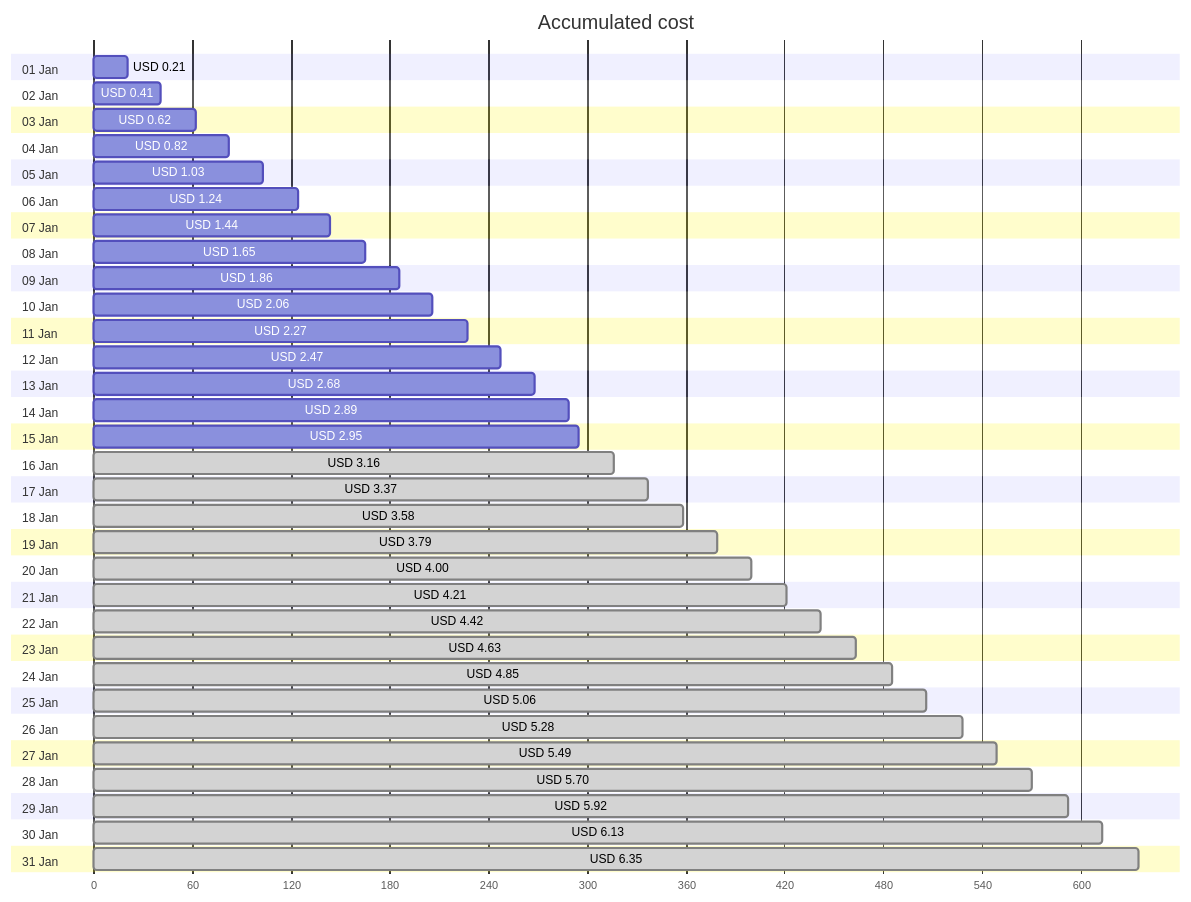
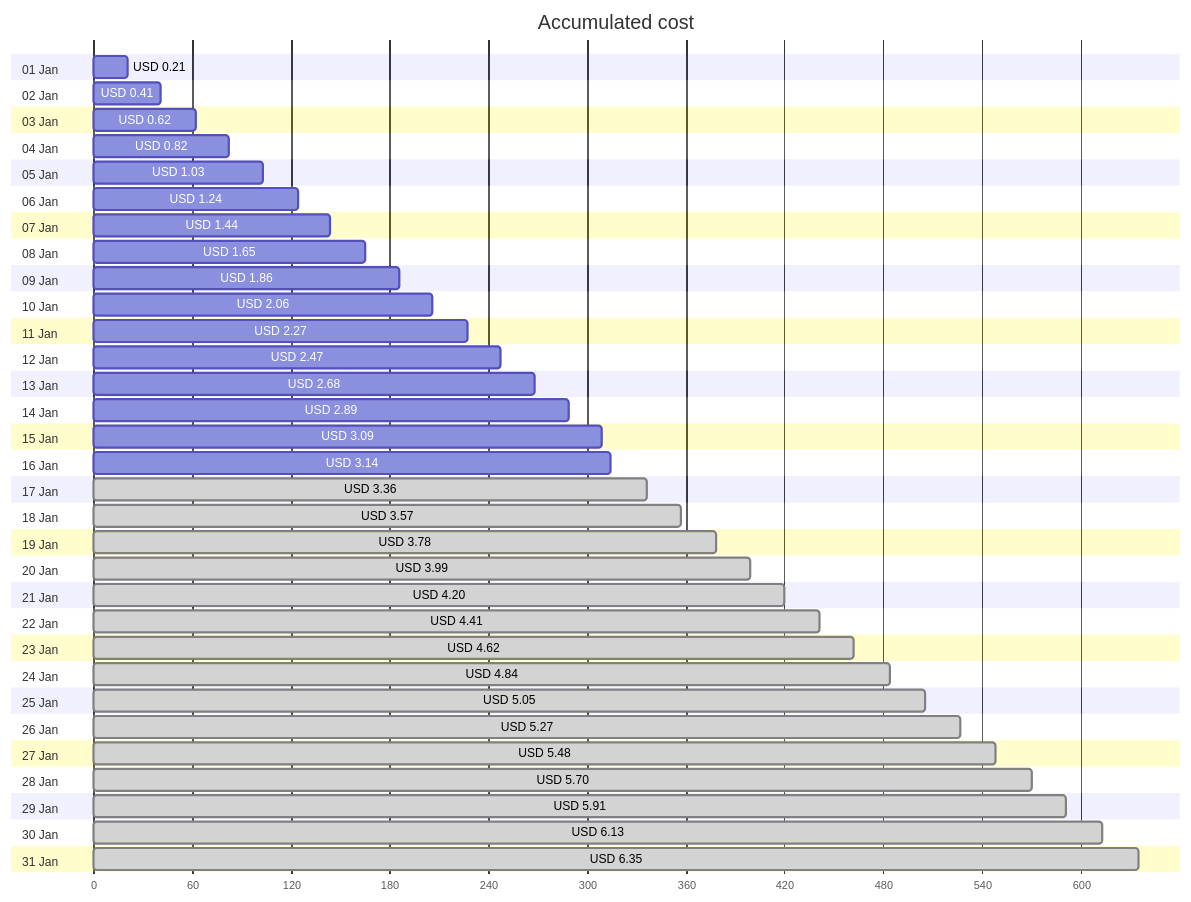
The first of 4 diagrams in cost-reports/personal-network/backup-server.md (jpfulton/azure-personal-reports), drawn with Mermaid before and after one commit. The commit also changed other lines of this file and 8 other files, not shown here.

````diff
--- a/cost-reports/personal-network/backup-server.md
+++ b/cost-reports/personal-network/backup-server.md
@@ -20,68 +20,68 @@
 ```mermaid
 gantt
    title Accumulated cost
    dateFormat  X
    axisFormat %s
    section 01 Jan
    USD 0.21 :0, 21
    section 02 Jan
    USD 0.41 :0, 41
    section 03 Jan
    USD 0.62 :0, 62
    section 04 Jan
    USD 0.82 :0, 82
    section 05 Jan
    USD 1.03 :0, 103
    section 06 Jan
    USD 1.24 :0, 124
    section 07 Jan
    USD 1.44 :0, 144
    section 08 Jan
    USD 1.65 :0, 165
    section 09 Jan
    USD 1.86 :0, 186
    section 10 Jan
    USD 2.06 :0, 206
    section 11 Jan
    USD 2.27 :0, 227
    section 12 Jan
    USD 2.47 :0, 247
    section 13 Jan
    USD 2.68 :0, 268
    section 14 Jan
    USD 2.89 :0, 289
    section 15 Jan
-   USD 2.95 :0, 295
+   USD 3.09 :0, 309
    section 16 Jan
-   USD 3.16 : done, 0, 316
+   USD 3.14 :0, 314
    section 17 Jan
-   USD 3.37 : done, 0, 337
+   USD 3.36 : done, 0, 336
    section 18 Jan
-   USD 3.58 : done, 0, 358
+   USD 3.57 : done, 0, 357
    section 19 Jan
-   USD 3.79 : done, 0, 379
+   USD 3.78 : done, 0, 378
    section 20 Jan
-   USD 4.00 : done, 0, 400
+   USD 3.99 : done, 0, 399
    section 21 Jan
-   USD 4.21 : done, 0, 421
+   USD 4.20 : done, 0, 420
    section 22 Jan
-   USD 4.42 : done, 0, 442
+   USD 4.41 : done, 0, 441
    section 23 Jan
-   USD 4.63 : done, 0, 463
+   USD 4.62 : done, 0, 462
    section 24 Jan
-   USD 4.85 : done, 0, 485
+   USD 4.84 : done, 0, 484
    section 25 Jan
-   USD 5.06 : done, 0, 506
+   USD 5.05 : done, 0, 505
    section 26 Jan
-   USD 5.28 : done, 0, 528
+   USD 5.27 : done, 0, 527
    section 27 Jan
-   USD 5.49 : done, 0, 549
+   USD 5.48 : done, 0, 548
    section 28 Jan
    USD 5.70 : done, 0, 570
    section 29 Jan
-   USD 5.92 : done, 0, 592
+   USD 5.91 : done, 0, 591
    section 30 Jan
    USD 6.13 : done, 0, 613
    section 31 Jan
    USD 6.35 : done, 0, 635
 ```
````
